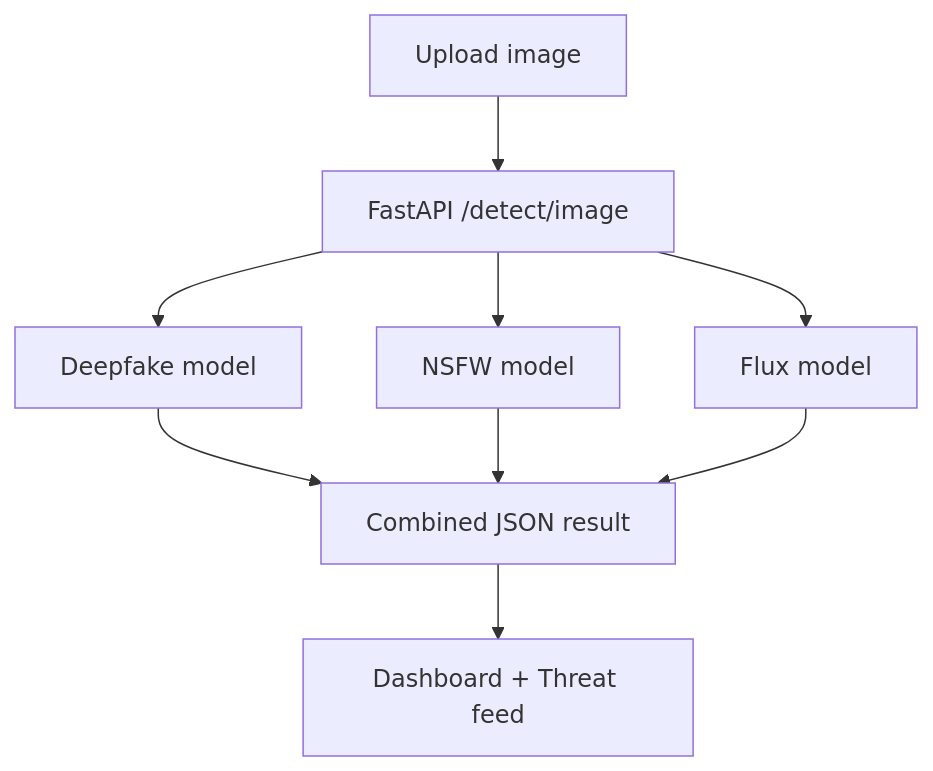
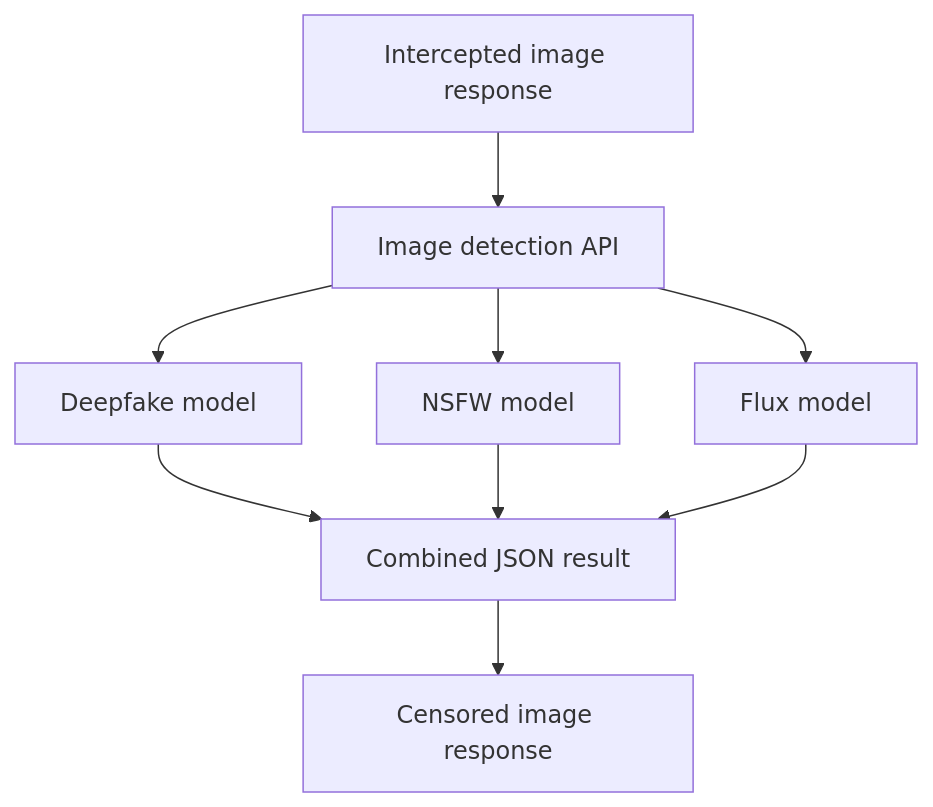
The diagram in presentation/salus_presentation.qmd (stoyanov-kaloyan/salus), drawn with Mermaid before and after one commit. The commit also changed other lines of this file and 9 other files, not shown here.

Commit message:
feat: add presentation assets and improve charts

````diff
--- a/presentation/salus_presentation.qmd
+++ b/presentation/salus_presentation.qmd
@@ -49,11 +57,11 @@
 ```{mermaid}
 flowchart TD
-  A[Upload image] --> B[FastAPI /detect/image]
+  A[Intercepted image response] --> B[Image detection API]
   B --> C[Deepfake model]
   B --> D[NSFW model]
   B --> E[Flux model]
   C --> F[Combined JSON result]
   D --> F
   E --> F
-  F --> G[Dashboard + Threat feed]
+  F --> H[Censored image response]
 ```
````
